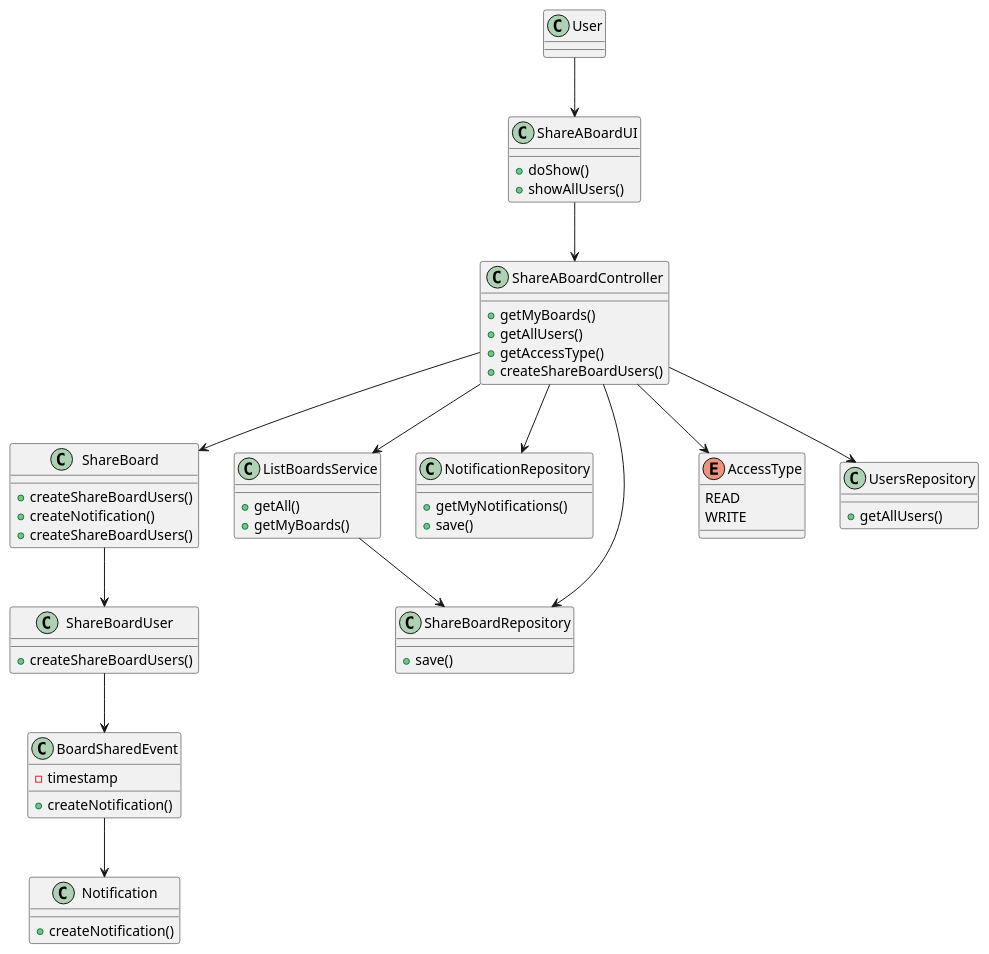
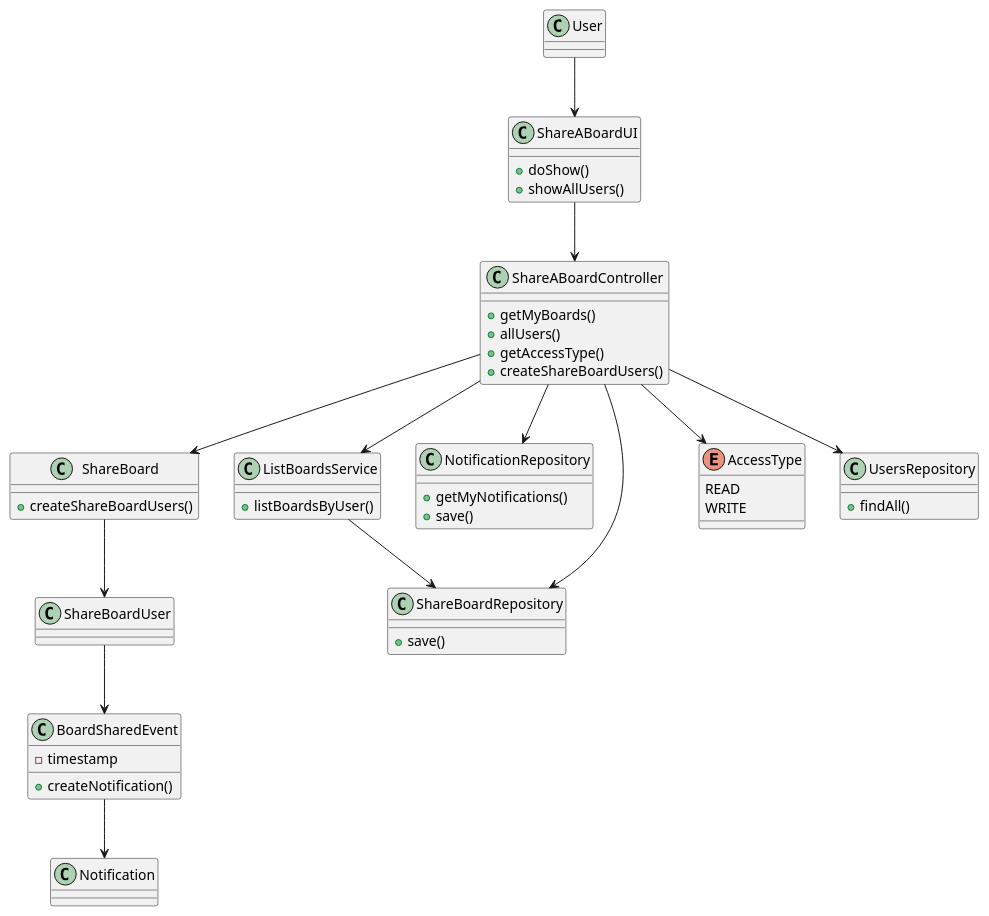
One commit to mascenso/isep-sem4-lapr4 changed the diagram in docs/SPRINT C/US3004 - Share a board/US3004-CD.puml. Above: the diagram before and after it, drawn with PlantUML. The commit also changed 36 other files, not shown here.

```diff
--- a/docs/SPRINT C/US3004 - Share a board/US3004-CD.puml
+++ b/docs/SPRINT C/US3004 - Share a board/US3004-CD.puml
@@ -1,73 +1,68 @@
 @startuml
 
 class User
 
 class ShareABoardUI {
     +doShow()
     +showAllUsers()
 }
 
 class ShareABoardController {
     +getMyBoards()
-    +getAllUsers()
+    +allUsers()
     +getAccessType()
     +createShareBoardUsers()
 }
 
 class ListBoardsService {
-    +getAll()
-    +getMyBoards()
+    +listBoardsByUser()
 }
 
 class ShareBoard {
-    +createShareBoardUsers()
-    +createNotification()
     +createShareBoardUsers()
 }
 
 
 class Notification {
-    +createNotification()
 }
 
 class NotificationRepository{
     +getMyNotifications()
     +save()
 }
 
 class ShareBoardRepository{
     +save()
 }
 
 enum AccessType {
     READ
     WRITE
 }
 
 class BoardSharedEvent{
     -timestamp
     +createNotification()
 }
 
 
 class ShareBoardUser {
-    +createShareBoardUsers()
 }
 
 class UsersRepository{
-    +getAllUsers()
+    +findAll()
 }
 
 User-->ShareABoardUI
 ShareABoardUI-->ShareABoardController
 ShareABoardController-->ListBoardsService
 ShareABoardController-->UsersRepository
 ShareABoardController-->AccessType
 ShareABoardController-->ShareBoard
 ShareABoardController-->NotificationRepository
 ShareABoardController-->ShareBoardRepository
 ListBoardsService-->ShareBoardRepository
 ShareBoard-->ShareBoardUser
 ShareBoardUser-->BoardSharedEvent
 BoardSharedEvent-->Notification
 @enduml
```
